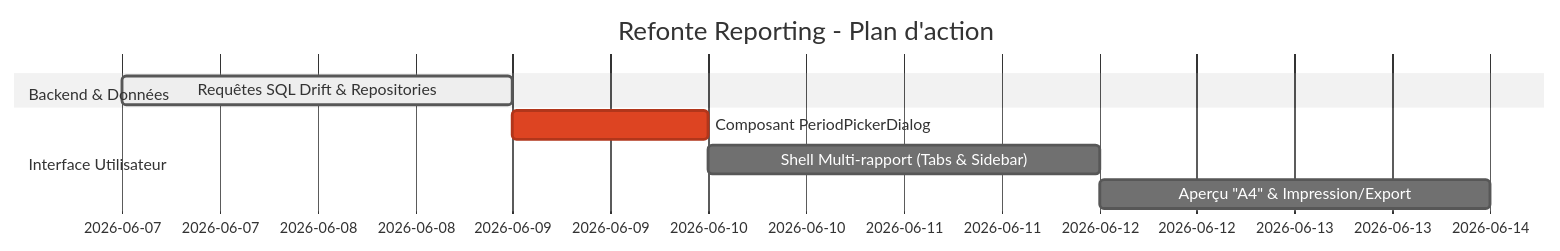
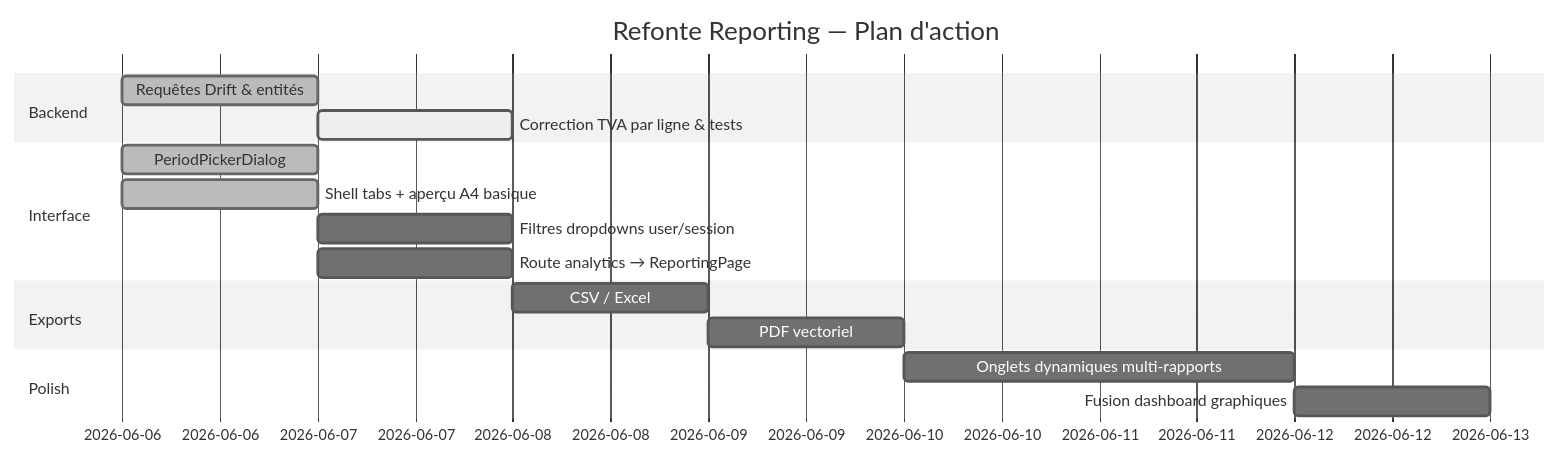
Before and after one commit to badrlahmidi/flutpos: the third of 3 diagrams in docs/reporting_refonte_plan.md, drawn with Mermaid (neutral theme). The commit also changed other lines of this file and 53 other files, not shown here.

````diff
--- a/docs/reporting_refonte_plan.md
+++ b/docs/reporting_refonte_plan.md
@@ -114,11 +223,19 @@
 ```mermaid
 gantt
-    title Refonte Reporting - Plan d'action
+    title Refonte Reporting — Plan d'action
     dateFormat  YYYY-MM-DD
-    section Backend & Données
-    Requêtes SQL Drift & Repositories     :active, req_drift, 2026-06-07, 2d
-    section Interface Utilisateur
-    Composant PeriodPickerDialog           :crit, ui_period, 2026-06-09, 1d
-    Shell Multi-rapport (Tabs & Sidebar)   :ui_shell, 2026-06-10, 2d
-    Aperçu "A4" & Impression/Export       :ui_preview, 2026-06-12, 2d
+    section Backend
+    Requêtes Drift & entités               :done, req_drift, 2026-06-06, 1d
+    Correction TVA par ligne & tests         :active, req_fix, 2026-06-07, 1d
+    section Interface
+    PeriodPickerDialog                     :done, ui_period, 2026-06-06, 1d
+    Shell tabs + aperçu A4 basique         :done, ui_shell, 2026-06-06, 1d
+    Filtres dropdowns user/session         :ui_filters, 2026-06-07, 1d
+    Route analytics → ReportingPage        :ui_route, 2026-06-07, 1d
+    section Exports
+    CSV / Excel                            :export_csv, 2026-06-08, 1d
+    PDF vectoriel                          :export_pdf, 2026-06-09, 1d
+    section Polish
+    Onglets dynamiques multi-rapports      :ui_multitab, 2026-06-10, 2d
+    Fusion dashboard graphiques            :ui_dashboard, 2026-06-12, 1d
 ```
````
